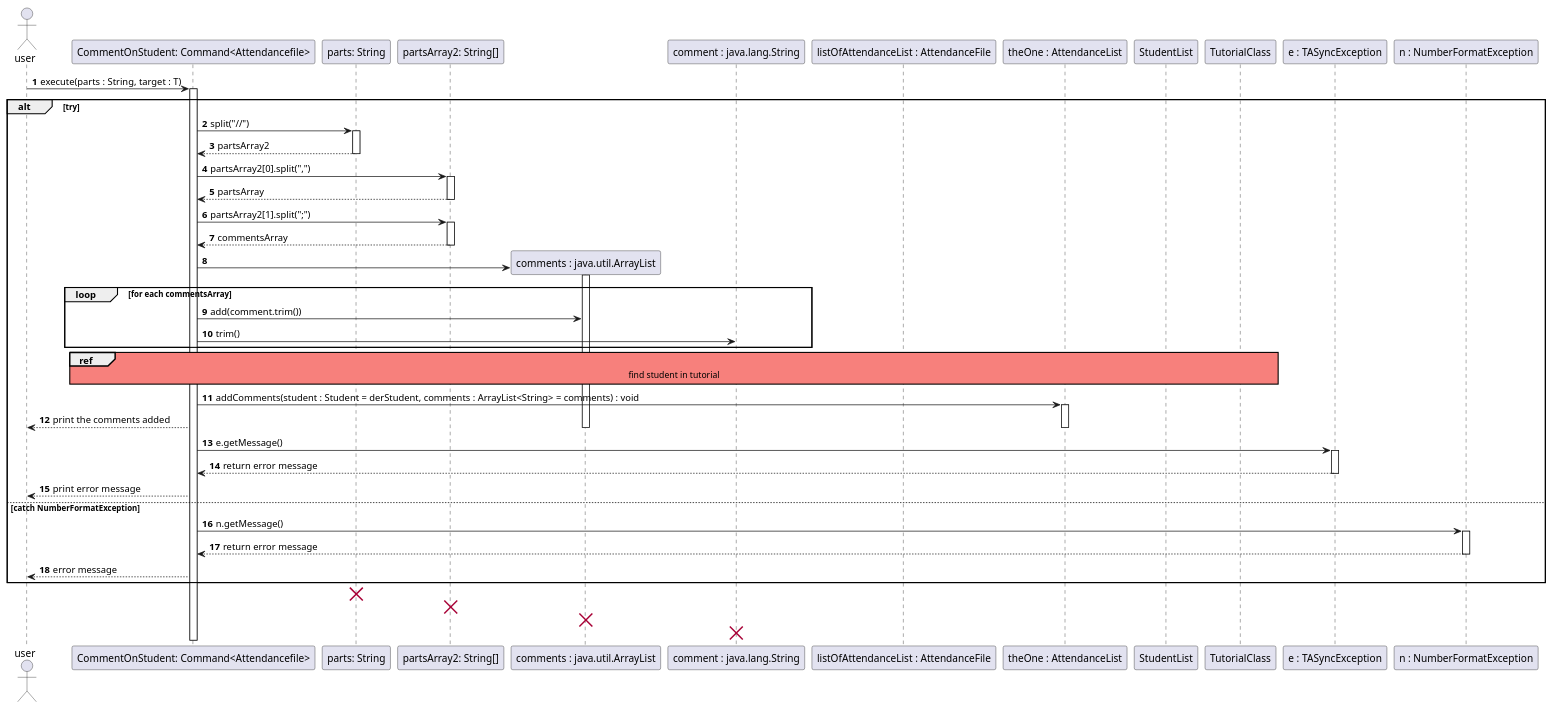
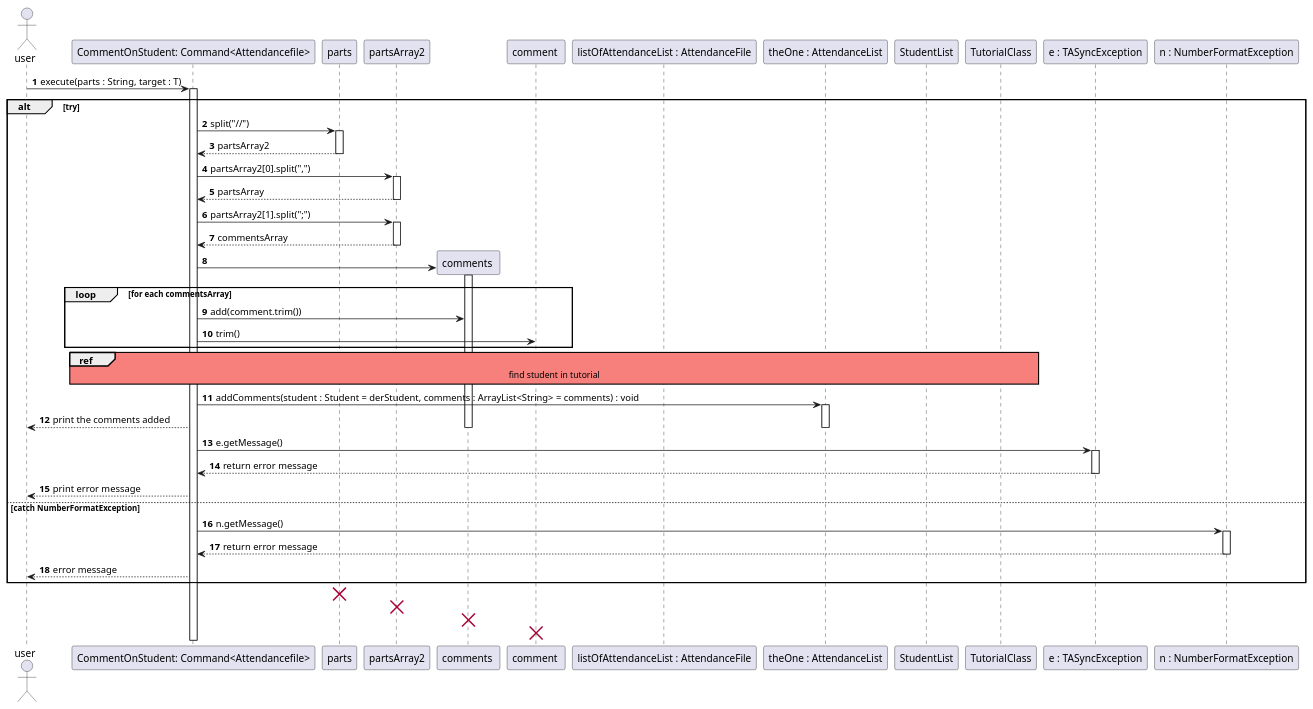
One commit to wongyihao02/tp changed the diagram in docs/diagrams/attendancelistcommands/CommentOnStudentCommandSequenceDiagram.puml. Above: the diagram before and after it, drawn with PlantUML. The commit also changed 2 other files, not shown here.

Commit message:
removed class names for classes from java in seq diagram vars

```diff
--- a/docs/diagrams/attendancelistcommands/CommentOnStudentCommandSequenceDiagram.puml
+++ b/docs/diagrams/attendancelistcommands/CommentOnStudentCommandSequenceDiagram.puml
@@ -1,77 +1,77 @@
 @startuml
 'https://plantuml.com/sequence-diagram
 actor user
 autonumber
 
 participant "CommentOnStudent: Command<Attendancefile>" as command
-participant "parts: String" as parts
-participant "partsArray2: String[]" as partsArray
-participant "comments : java.util.ArrayList" as comments
-participant "comment : java.lang.String" as comment
+participant "parts" as parts
+participant "partsArray2" as partsArray
+participant "comments " as comments
+participant "comment " as comment
 participant "listOfAttendanceList : AttendanceFile" as listOfAttendanceList
 participant "theOne : AttendanceList" as theOne
 participant "StudentList" as studentList
 participant "TutorialClass" as tutorialClass
 participant "e : TASyncException" as e
 participant "n : NumberFormatException" as n
 
 
 skinparam sequenceReferenceBackgroundColor #f7807c
 skinparam sequenceAltBackgroundColor #f7807c
 
 
 user -> command : execute(parts : String, target : T)
 activate command
 alt try
 
     command -> parts : split("//")
     activate parts
     parts --> command : partsArray2
     deactivate parts
     command -> partsArray : partsArray2[0].split(",")
     activate partsArray
     command <-- partsArray : partsArray
     deactivate partsArray
     command -> partsArray : partsArray2[1].split(";")
     activate partsArray
     command <-- partsArray : commentsArray
     deactivate partsArray
     create comments
     command -> comments
     activate comments
 
     loop for each commentsArray
     command -> comments : add(comment.trim())
     command -> comment : trim()
     end loop
 
 ref over command, listOfAttendanceList, theOne, tutorialClass, studentList
 find student in tutorial
 end ref
 
 
     command -> theOne : addComments(student : Student = derStudent, comments : ArrayList<String> = comments) : void
     activate theOne
     command --> user : print the comments added
     deactivate comments
 
 deactivate theOne
     command -> e : e.getMessage()
         activate e
         e --> command : return error message
         deactivate e
         command --> user  : print error message
 
         else catch NumberFormatException
          command -> n : n.getMessage()
          activate n
          n --> command : return error message
          deactivate n
          command --> user : error message
 end
 destroy parts
 destroy partsArray
 destroy comments
 destroy comment
 
 @enduml
```
